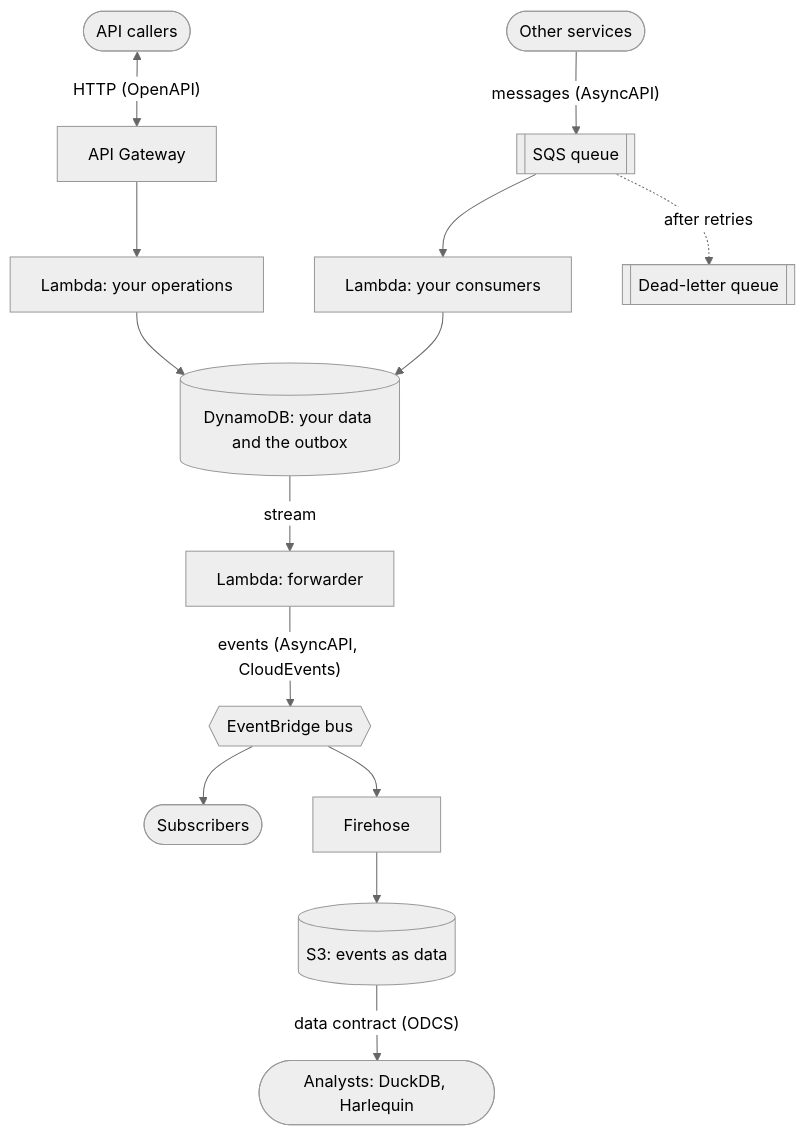
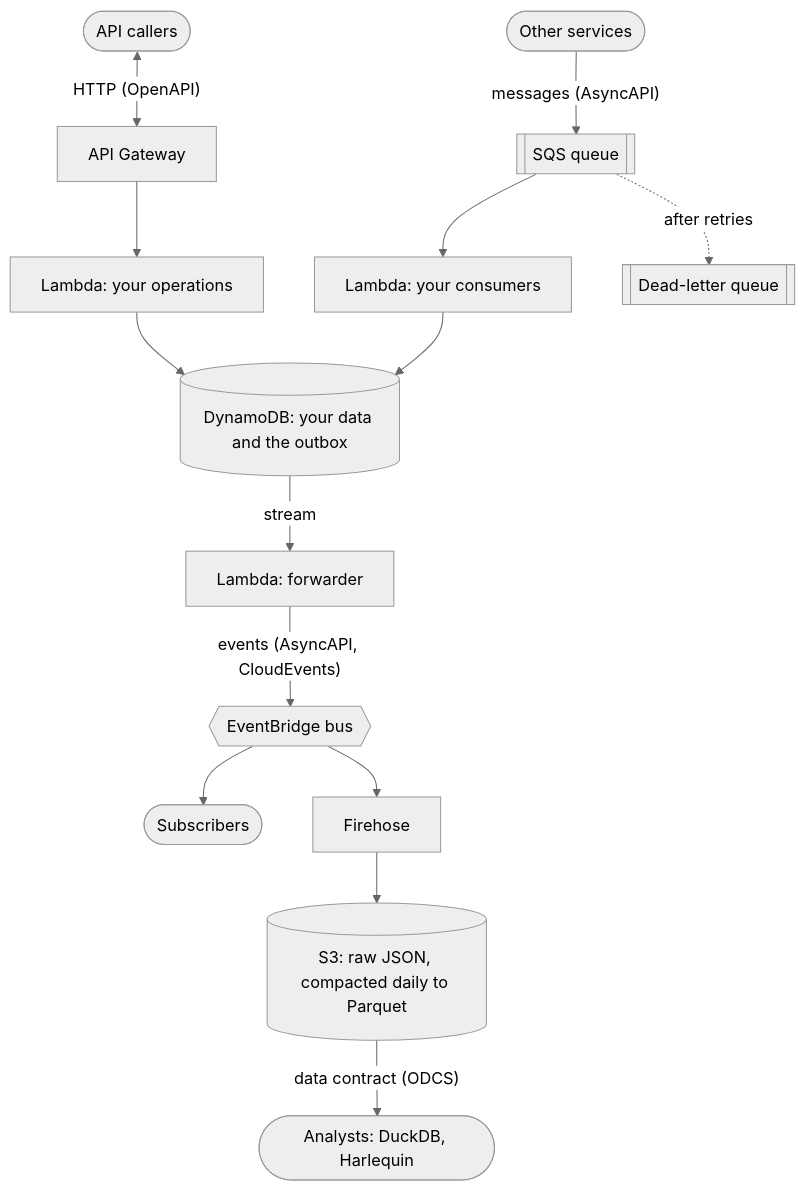
Before and after one commit to hungovercoders/template-aws-api: the diagram in README.md, drawn with Mermaid (neutral theme). The commit also changed other lines of this file and 5 other files, not shown here.

First line of the commit message:
docs: the daily compaction to Parquet - where it writes, how it is tested and read, its alarm

````diff
--- a/README.md
+++ b/README.md
@@ -68,15 +68,15 @@
 ```mermaid
 flowchart TB
   caller(["API callers"]) <-->|"HTTP (OpenAPI)"| gateway["API Gateway"]
   sender(["Other services"]) -->|"messages (AsyncAPI)"| queue[["SQS queue"]]
   gateway --> api["Lambda: your operations"]
   queue --> consumer["Lambda: your consumers"]
   queue -.->|"after retries"| dlq[["Dead-letter queue"]]
   api --> table[("DynamoDB: your data and the outbox")]
   consumer --> table
   table -->|"stream"| forwarder["Lambda: forwarder"]
   forwarder -->|"events (AsyncAPI, CloudEvents)"| bus{{"EventBridge bus"}}
   bus --> subscriber(["Subscribers"])
-  bus --> firehose["Firehose"] --> bucket[("S3: events as data")]
+  bus --> firehose["Firehose"] --> bucket[("S3: raw JSON, compacted daily to Parquet")]
   bucket -->|"data contract (ODCS)"| analyst(["Analysts: DuckDB, Harlequin"])
 ```
````
